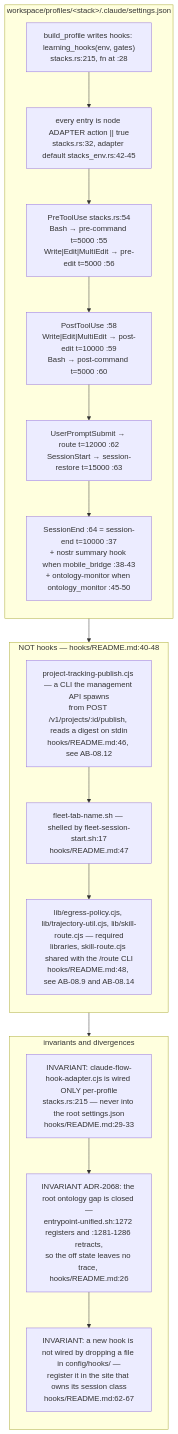
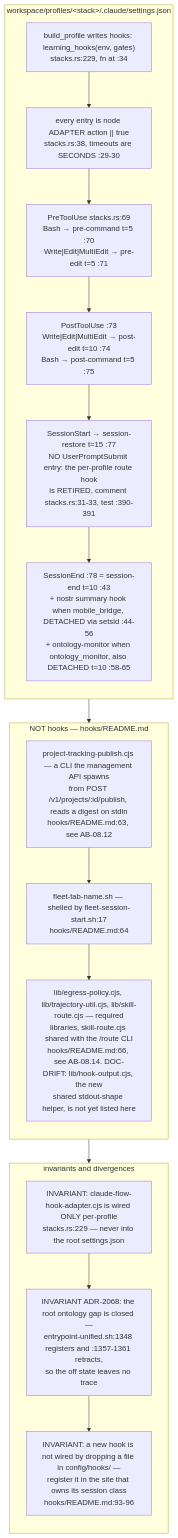
The second of 12 diagrams in docs/diagrams/agentbox/08-hooks-pipeline.md (DreamLab-AI/VisionFlow), drawn with Mermaid before and after one commit. The commit also changed other lines of this file and 136 other files, not shown here.

First line of the commit message:
docs(diagrams): refresh the whole corpus to code HEAD and prune low-value diagrams

````diff
--- a/docs/diagrams/agentbox/08-hooks-pipeline.md
+++ b/docs/diagrams/agentbox/08-hooks-pipeline.md
@@ -104,28 +108,28 @@
 ```mermaid
 flowchart TB
     subgraph PP["workspace/profiles/#60;stack#62;/.claude/settings.json"]
     direction TB
-    P0["build_profile writes hooks: learning_hooks#40;env, gates#41;<br/>stacks.rs:215, fn at :28"]
-    P1["every entry is node ADAPTER action #124;#124; true<br/>stacks.rs:32, adapter default stacks_env.rs:42-45"]
-    P2["PreToolUse stacks.rs:54<br/>Bash → pre-command t=5000 :55<br/>Write#124;Edit#124;MultiEdit → pre-edit t=5000 :56"]
-    P3["PostToolUse :58<br/>Write#124;Edit#124;MultiEdit → post-edit t=10000 :59<br/>Bash → post-command t=5000 :60"]
-    P4["UserPromptSubmit → route t=12000 :62<br/>SessionStart → session-restore t=15000 :63"]
-    P5["SessionEnd :64 = session-end t=10000 :37<br/>+ nostr summary hook when mobile_bridge :38-43<br/>+ ontology-monitor when ontology_monitor :45-50"]
+    P0["build_profile writes hooks: learning_hooks#40;env, gates#41;<br/>stacks.rs:229, fn at :34"]
+    P1["every entry is node ADAPTER action #124;#124; true<br/>stacks.rs:38, timeouts are SECONDS :29-30"]
+    P2["PreToolUse stacks.rs:69<br/>Bash → pre-command t=5 :70<br/>Write#124;Edit#124;MultiEdit → pre-edit t=5 :71"]
+    P3["PostToolUse :73<br/>Write#124;Edit#124;MultiEdit → post-edit t=10 :74<br/>Bash → post-command t=5 :75"]
+    P4["SessionStart → session-restore t=15 :77<br/>NO UserPromptSubmit entry: the per-profile route hook<br/>is RETIRED, comment stacks.rs:31-33, test :390-391"]
+    P5["SessionEnd :78 = session-end t=10 :43<br/>+ nostr summary hook when mobile_bridge, DETACHED via setsid :44-56<br/>+ ontology-monitor when ontology_monitor, also DETACHED t=10 :58-65"]
     P0 --> P1 --> P2 --> P3 --> P4 --> P5
     end
-    subgraph NOT["NOT hooks — hooks/README.md:40-48"]
+    subgraph NOT["NOT hooks — hooks/README.md"]
     direction TB
-    N1["project-tracking-publish.cjs — a CLI the management API spawns<br/>from POST /v1/projects/:id/publish, reads a digest on stdin<br/>hooks/README.md:46, see AB-08.12"]
-    N2["fleet-tab-name.sh — shelled by fleet-session-start.sh:17<br/>hooks/README.md:47"]
-    N3["lib/egress-policy.cjs, lib/trajectory-util.cjs, lib/skill-route.cjs — required<br/>libraries, skill-route.cjs shared with the /route CLI<br/>hooks/README.md:48, see AB-08.9 and AB-08.14"]
+    N1["project-tracking-publish.cjs — a CLI the management API spawns<br/>from POST /v1/projects/:id/publish, reads a digest on stdin<br/>hooks/README.md:63, see AB-08.12"]
+    N2["fleet-tab-name.sh — shelled by fleet-session-start.sh:17<br/>hooks/README.md:64"]
+    N3["lib/egress-policy.cjs, lib/trajectory-util.cjs, lib/skill-route.cjs — required<br/>libraries, skill-route.cjs shared with the /route CLI<br/>hooks/README.md:66, see AB-08.14. DOC-DRIFT: lib/hook-output.cjs, the new<br/>shared stdout-shape helper, is not yet listed here"]
     N1 --> N2 --> N3
     end
     subgraph INV["invariants and divergences"]
     direction TB
-    I1["INVARIANT: claude-flow-hook-adapter.cjs is wired ONLY per-profile<br/>stacks.rs:215 — never into the root settings.json<br/>hooks/README.md:29-33"]
-    I2["INVARIANT ADR-2068: the root ontology gap is closed —<br/>entrypoint-unified.sh:1272 registers and :1281-1286 retracts,<br/>so the off state leaves no trace, hooks/README.md:26"]
-    I3["INVARIANT: a new hook is not wired by dropping a file in config/hooks/ —<br/>register it in the site that owns its session class<br/>hooks/README.md:62-67"]
+    I1["INVARIANT: claude-flow-hook-adapter.cjs is wired ONLY per-profile<br/>stacks.rs:229 — never into the root settings.json"]
+    I2["INVARIANT ADR-2068: the root ontology gap is closed —<br/>entrypoint-unified.sh:1348 registers and :1357-1361 retracts,<br/>so the off state leaves no trace"]
+    I3["INVARIANT: a new hook is not wired by dropping a file in config/hooks/ —<br/>register it in the site that owns its session class<br/>hooks/README.md:93-96"]
     I1 --> I2 --> I3
     end
     PP --> NOT --> INV
 ```
````
